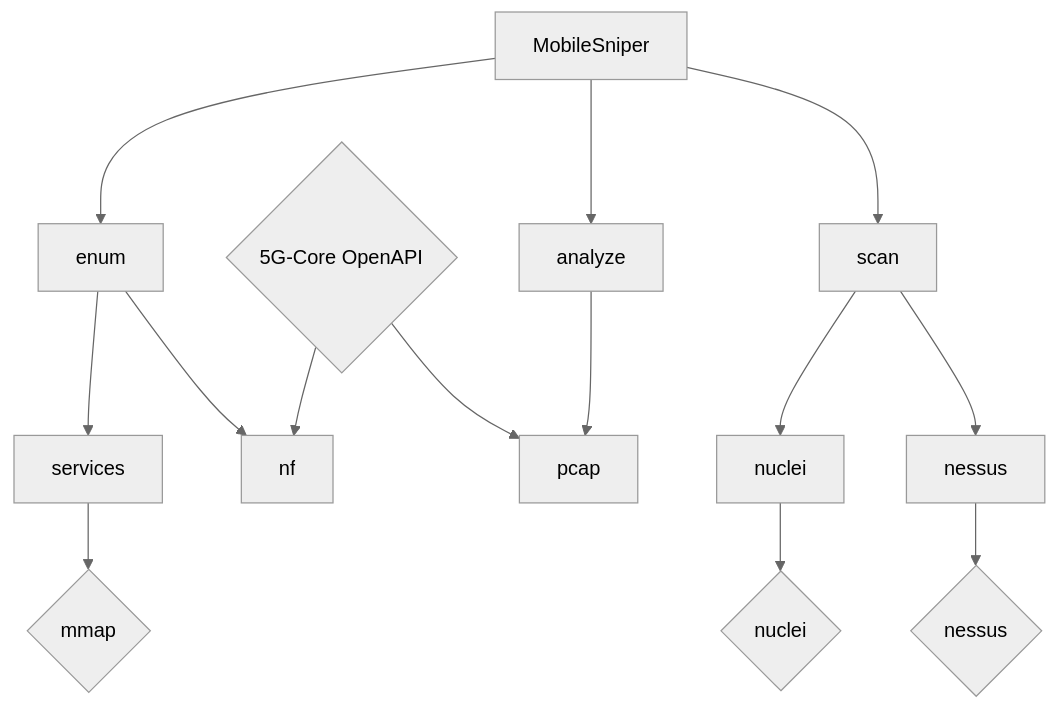
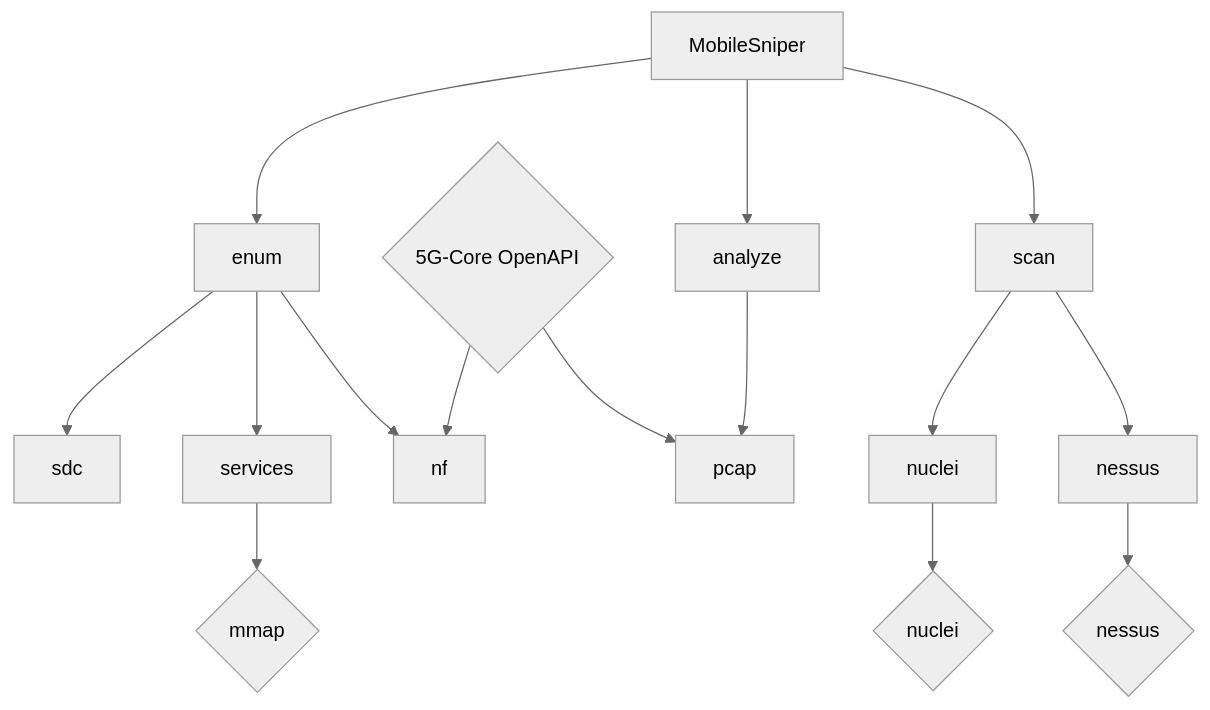
One commit to domai-tb/mobilesniper changed the diagram in docs/Architecture.md. Above: the diagram before and after it, drawn with Mermaid (neutral theme). The commit also changed 5 other files, not shown here.

````diff
--- a/docs/Architecture.md
+++ b/docs/Architecture.md
@@ -7,17 +7,18 @@
 ```mermaid
 graph TD
     A[MobileSniper] --> B1[enum]
     A --> B2[analyze]
     A --> B3[scan]
     
+    B1 --> C3[sdc]
     B1 --> C1[services] --> X1{mmap}
     B1 --> C2[nf]
 
     X5{5G-Core OpenAPI} --> C2
     X5 --> D1
     
     B2 --> D1[pcap]
     
     B3 --> E1[nuclei] --> X2{nuclei}
     B3 --> E2[nessus] --> X4{nessus}
 ```
````
